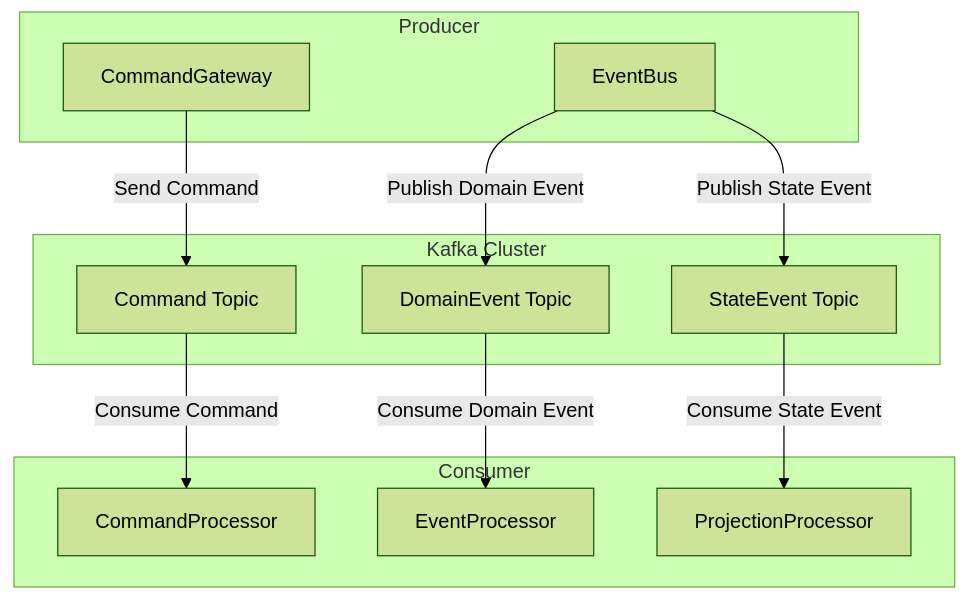
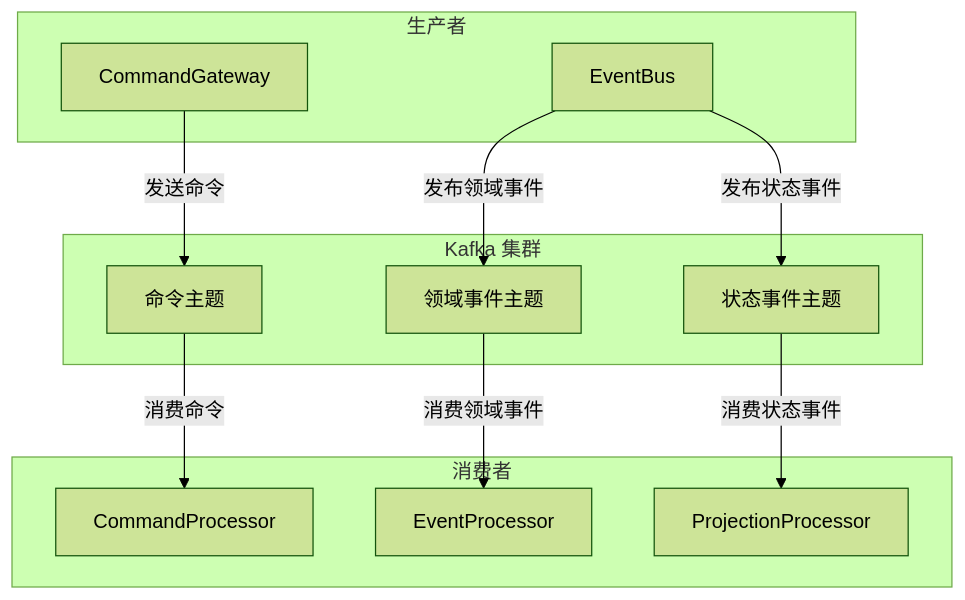
The first of 6 diagrams in documentation/docs/zh/guide/extensions/kafka.md (Ahoo-Wang/Wow), drawn with Mermaid (forest theme) before and after one commit. The commit also changed other lines of this file and 11 other files, not shown here.

````diff
--- a/documentation/docs/zh/guide/extensions/kafka.md
+++ b/documentation/docs/zh/guide/extensions/kafka.md
@@ -14,27 +14,27 @@
 ```mermaid
 flowchart TB
-    subgraph Producer["Producer"]
+    subgraph Producer["生产者"]
         CG[CommandGateway]
         EB[EventBus]
     end
     
-    subgraph Kafka["Kafka Cluster"]
-        CT[Command Topic]
-        DET[DomainEvent Topic]
-        SET[StateEvent Topic]
+    subgraph Kafka["Kafka 集群"]
+        CT[命令主题]
+        DET[领域事件主题]
+        SET[状态事件主题]
     end
     
-    subgraph Consumer["Consumer"]
+    subgraph Consumer["消费者"]
         CP[CommandProcessor]
         EP[EventProcessor]
         PP[ProjectionProcessor]
     end
     
-    CG -->|Send Command| CT
-    EB -->|Publish Domain Event| DET
-    EB -->|Publish State Event| SET
+    CG -->|发送命令| CT
+    EB -->|发布领域事件| DET
+    EB -->|发布状态事件| SET
     
-    CT -->|Consume Command| CP
-    DET -->|Consume Domain Event| EP
-    SET -->|Consume State Event| PP
+    CT -->|消费命令| CP
+    DET -->|消费领域事件| EP
+    SET -->|消费状态事件| PP
 ```
````
